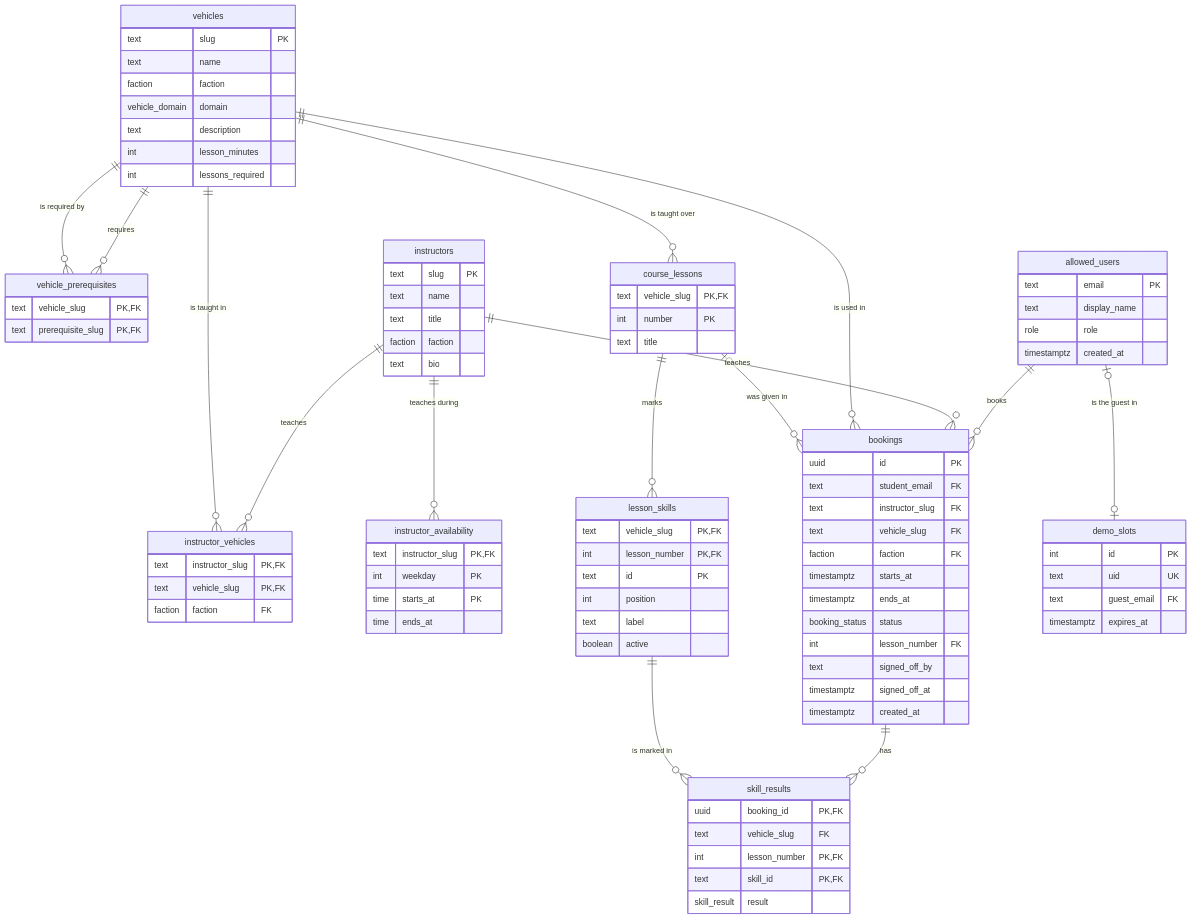
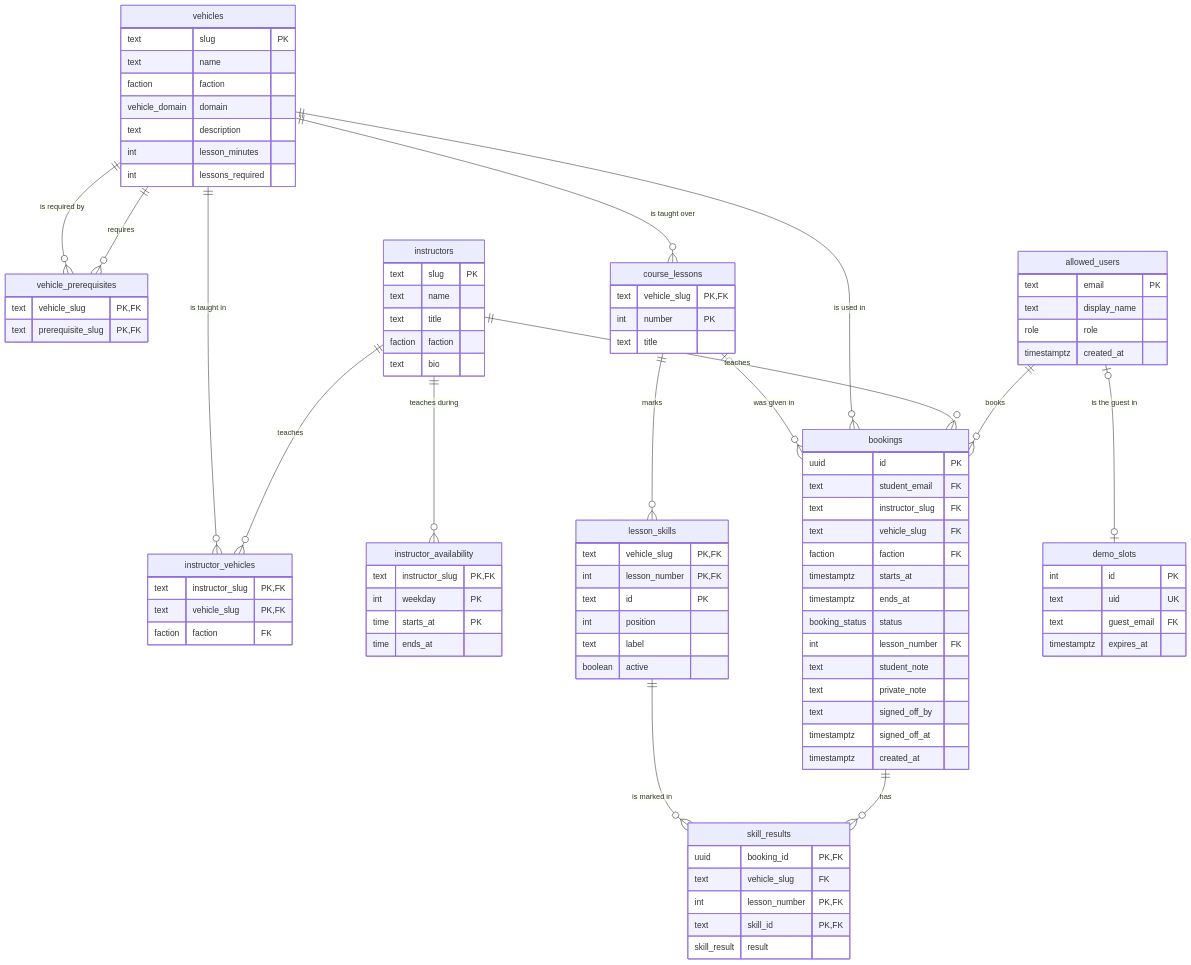
The eighth of 9 diagrams in ARCHITECTURE.md (Valiance-Studios/halo-drivers-ed), drawn with Mermaid before and after one commit. The commit also changed other lines of this file and 30 other files, not shown here.

```diff
--- a/ARCHITECTURE.md
+++ b/ARCHITECTURE.md
@@ -338,6 +340,8 @@
         timestamptz ends_at
         booking_status status
         int lesson_number FK
+        text student_note
+        text private_note
         text signed_off_by
         timestamptz signed_off_at
         timestamptz created_at
```
